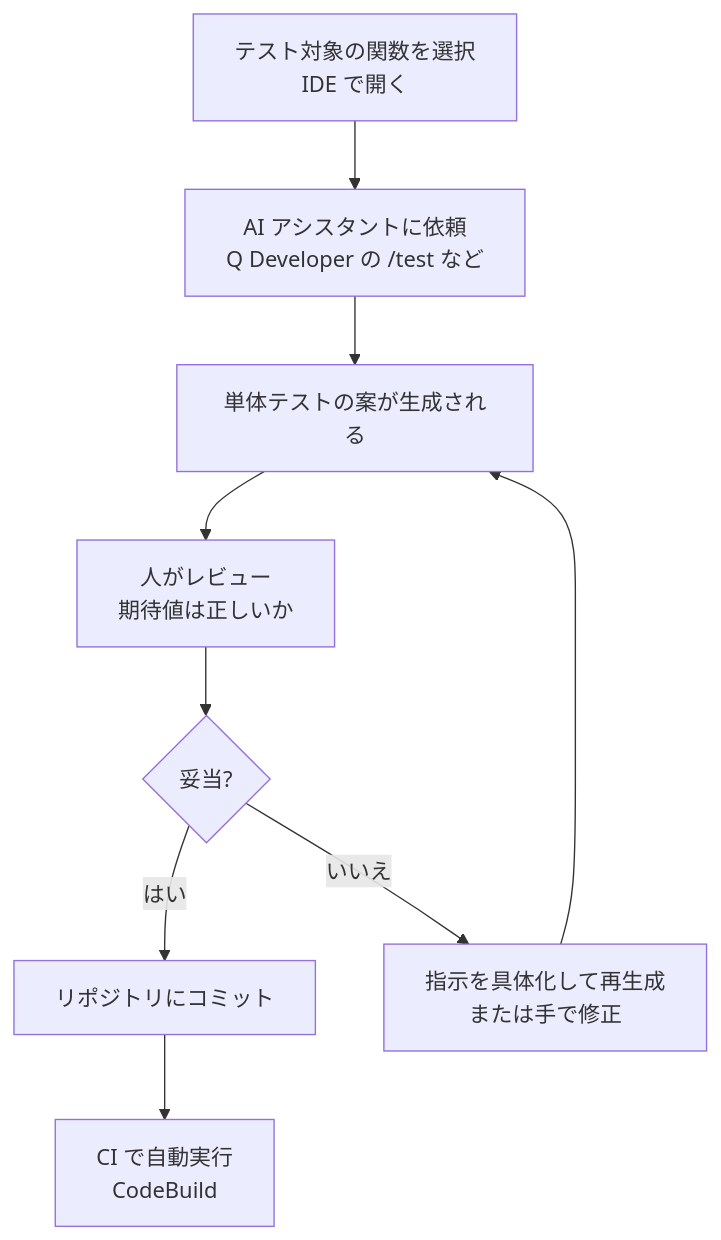
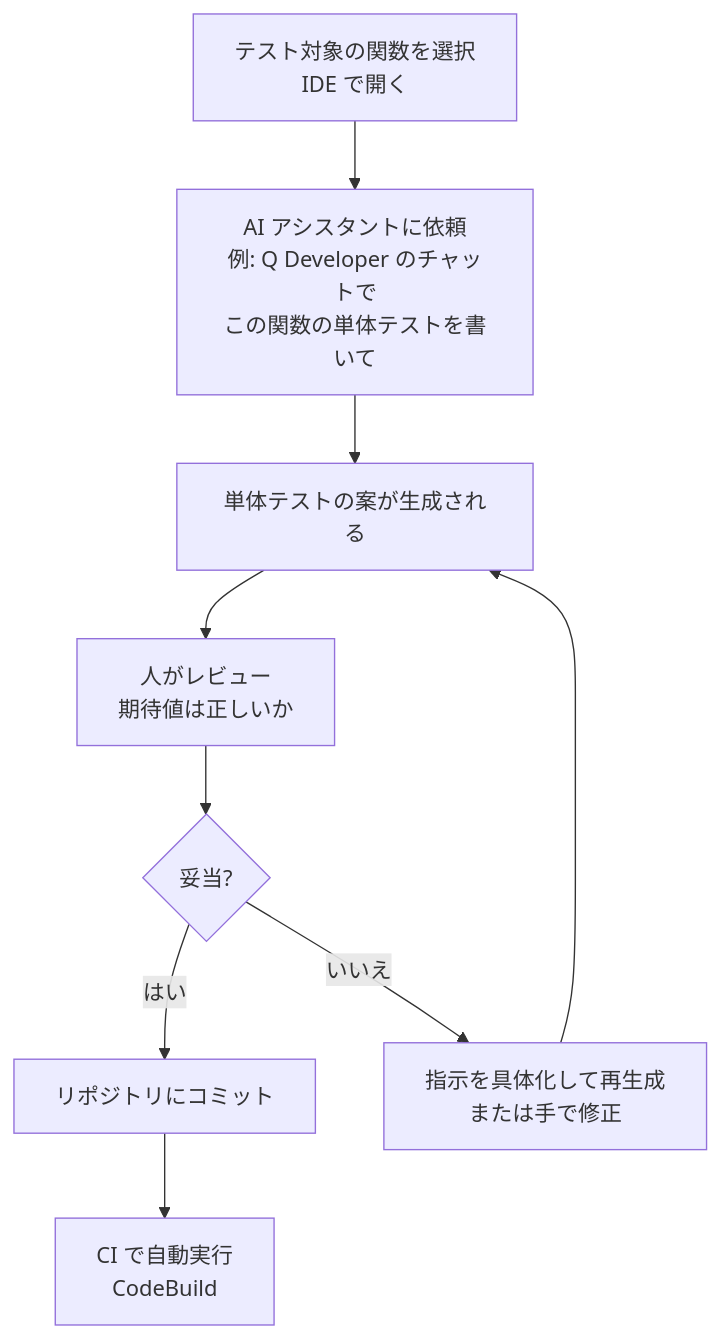
Diagram 28 of 28 in Aws-dva-c02-domain3-deployment-guide.md (myoshi2891/Cloud-Infrastructure-and-Network-Studies), drawn with Mermaid before and after one commit. The commit also changed other lines of this file and 1 other file, not shown here.

````diff
--- a/Aws-dva-c02-domain3-deployment-guide.md
+++ b/Aws-dva-c02-domain3-deployment-guide.md
@@ -1754,11 +1754,11 @@
 ```mermaid
 flowchart TD
-    A["テスト対象の関数を選択<br/>IDE で開く"] --> B["AI アシスタントに依頼<br/>Q Developer の /test など"]
+    A["テスト対象の関数を選択<br/>IDE で開く"] --> B["AI アシスタントに依頼<br/>例: Q Developer のチャットで<br/>この関数の単体テストを書いて"]
     B --> C["単体テストの案が生成される"]
     C --> D["人がレビュー<br/>期待値は正しいか"]
     D --> E{"妥当?"}
     E -- "はい" --> F["リポジトリにコミット"]
     E -- "いいえ" --> G["指示を具体化して再生成<br/>または手で修正"]
     G --> C
     F --> H["CI で自動実行<br/>CodeBuild"]
 ```
````
